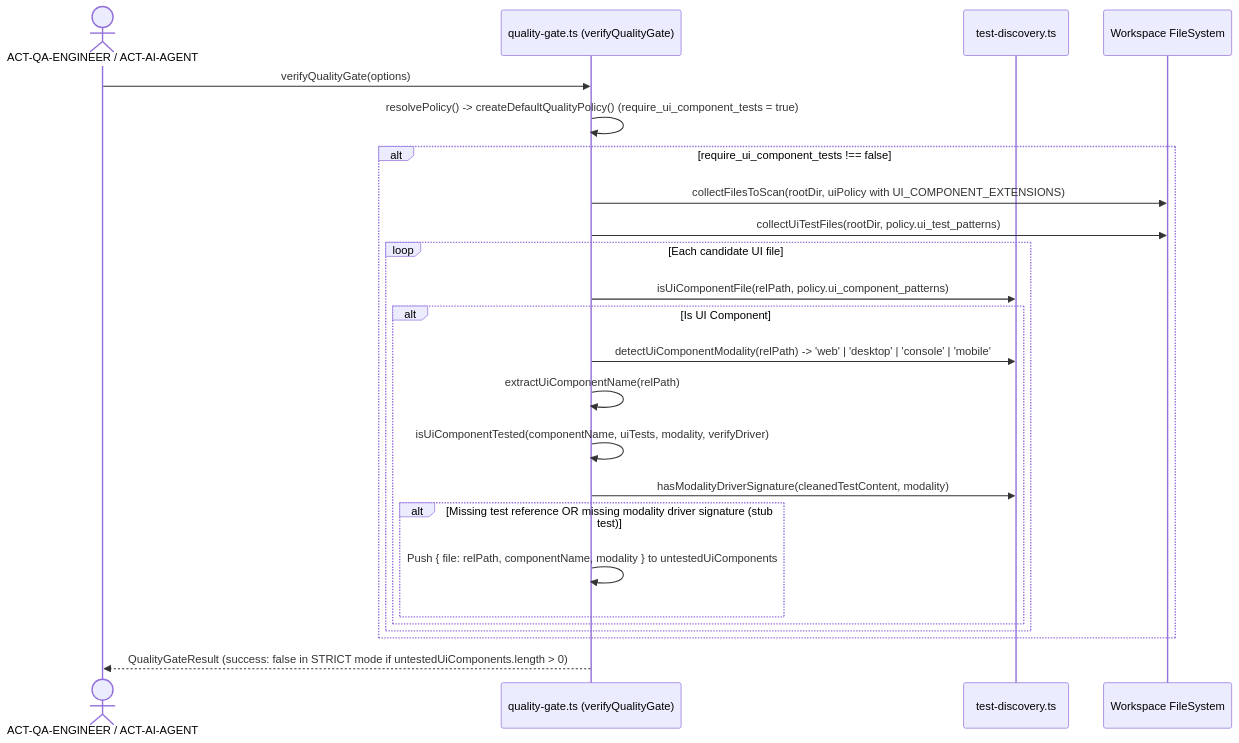
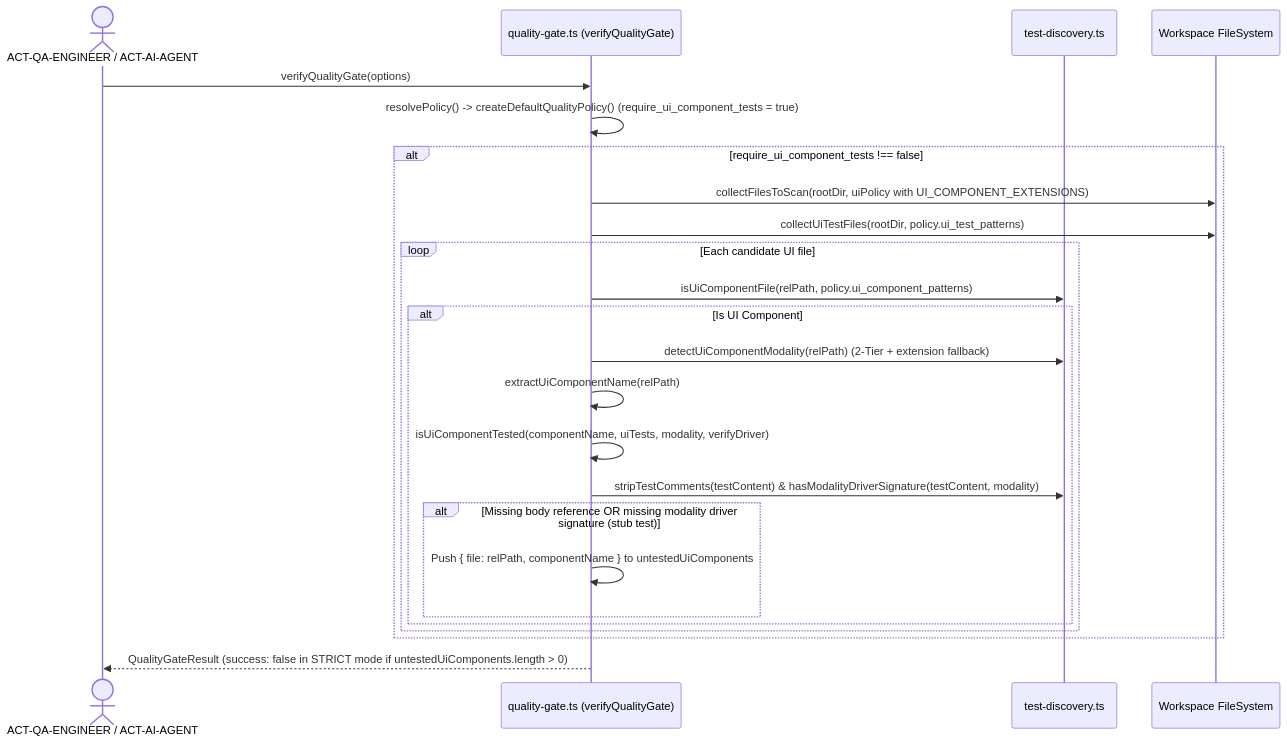
One commit to altromon/AI-SDLC changed the second of 2 diagrams in specs/architecture/CMP-063-UI-E2E-MODALITY-GATE.md. Above: the diagram before and after it, drawn with Mermaid. The commit also changed other lines of this file and 7 other files, not shown here.

````diff
--- a/specs/architecture/CMP-063-UI-E2E-MODALITY-GATE.md
+++ b/specs/architecture/CMP-063-UI-E2E-MODALITY-GATE.md
@@ -85,27 +89,27 @@
 ```mermaid
 sequenceDiagram
     actor QA as ACT-QA-ENGINEER / ACT-AI-AGENT
     participant QG as quality-gate.ts (verifyQualityGate)
     participant TD as test-discovery.ts
     participant FS as Workspace FileSystem
 
     QA->>QG: verifyQualityGate(options)
     QG->>QG: resolvePolicy() -> createDefaultQualityPolicy() (require_ui_component_tests = true)
     alt require_ui_component_tests !== false
         QG->>FS: collectFilesToScan(rootDir, uiPolicy with UI_COMPONENT_EXTENSIONS)
         QG->>FS: collectUiTestFiles(rootDir, policy.ui_test_patterns)
         loop Each candidate UI file
             QG->>TD: isUiComponentFile(relPath, policy.ui_component_patterns)
             alt Is UI Component
-                QG->>TD: detectUiComponentModality(relPath) -> 'web' | 'desktop' | 'console' | 'mobile'
+                QG->>TD: detectUiComponentModality(relPath) (2-Tier + extension fallback)
                 QG->>QG: extractUiComponentName(relPath)
                 QG->>QG: isUiComponentTested(componentName, uiTests, modality, verifyDriver)
-                QG->>TD: hasModalityDriverSignature(cleanedTestContent, modality)
-                alt Missing test reference OR missing modality driver signature (stub test)
-                    QG->>QG: Push { file: relPath, componentName, modality } to untestedUiComponents
+                QG->>TD: stripTestComments(testContent) & hasModalityDriverSignature(testContent, modality)
+                alt Missing body reference OR missing modality driver signature (stub test)
+                    QG->>QG: Push { file: relPath, componentName } to untestedUiComponents
                 end
             end
         end
     end
     QG-->>QA: QualityGateResult (success: false in STRICT mode if untestedUiComponents.length > 0)
 ```
````
